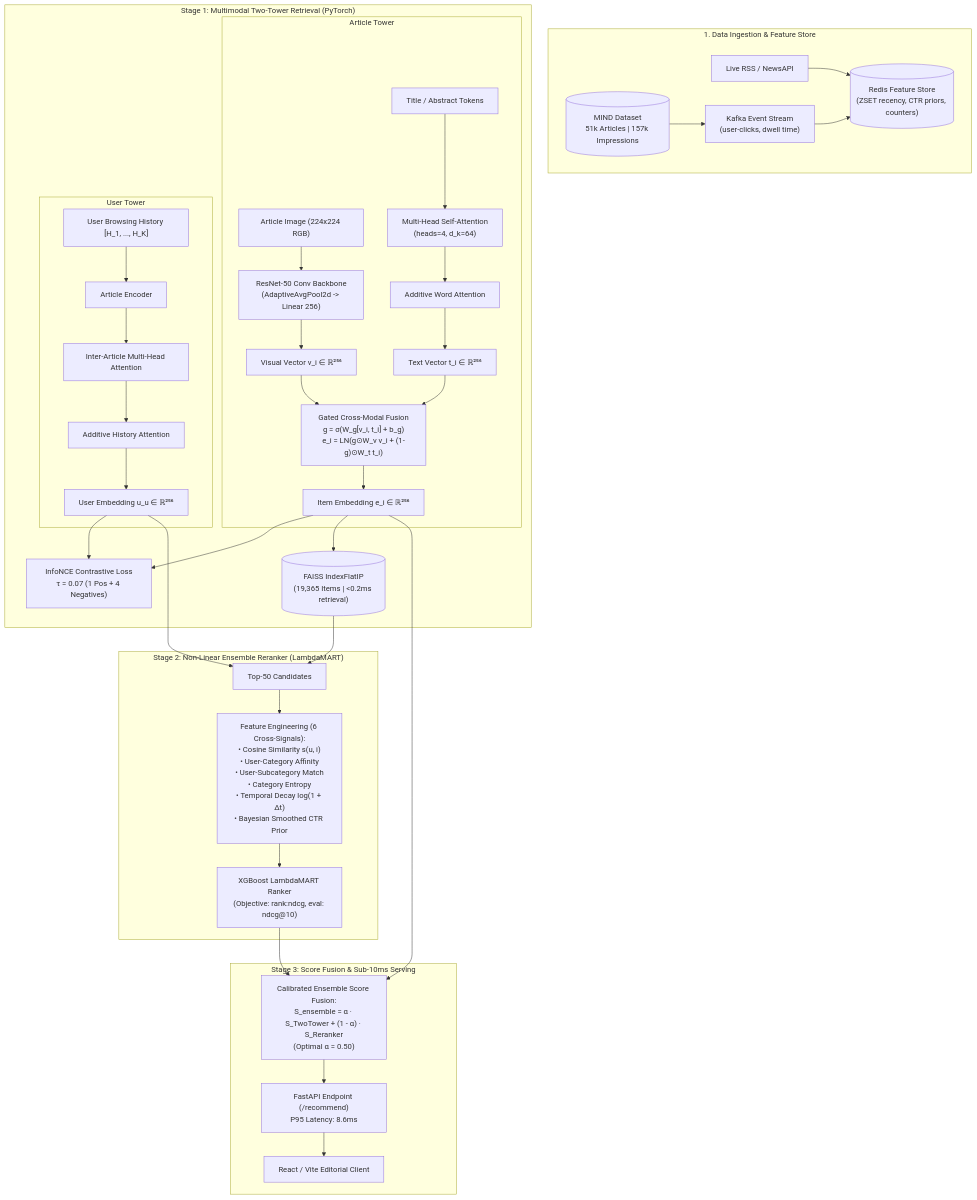
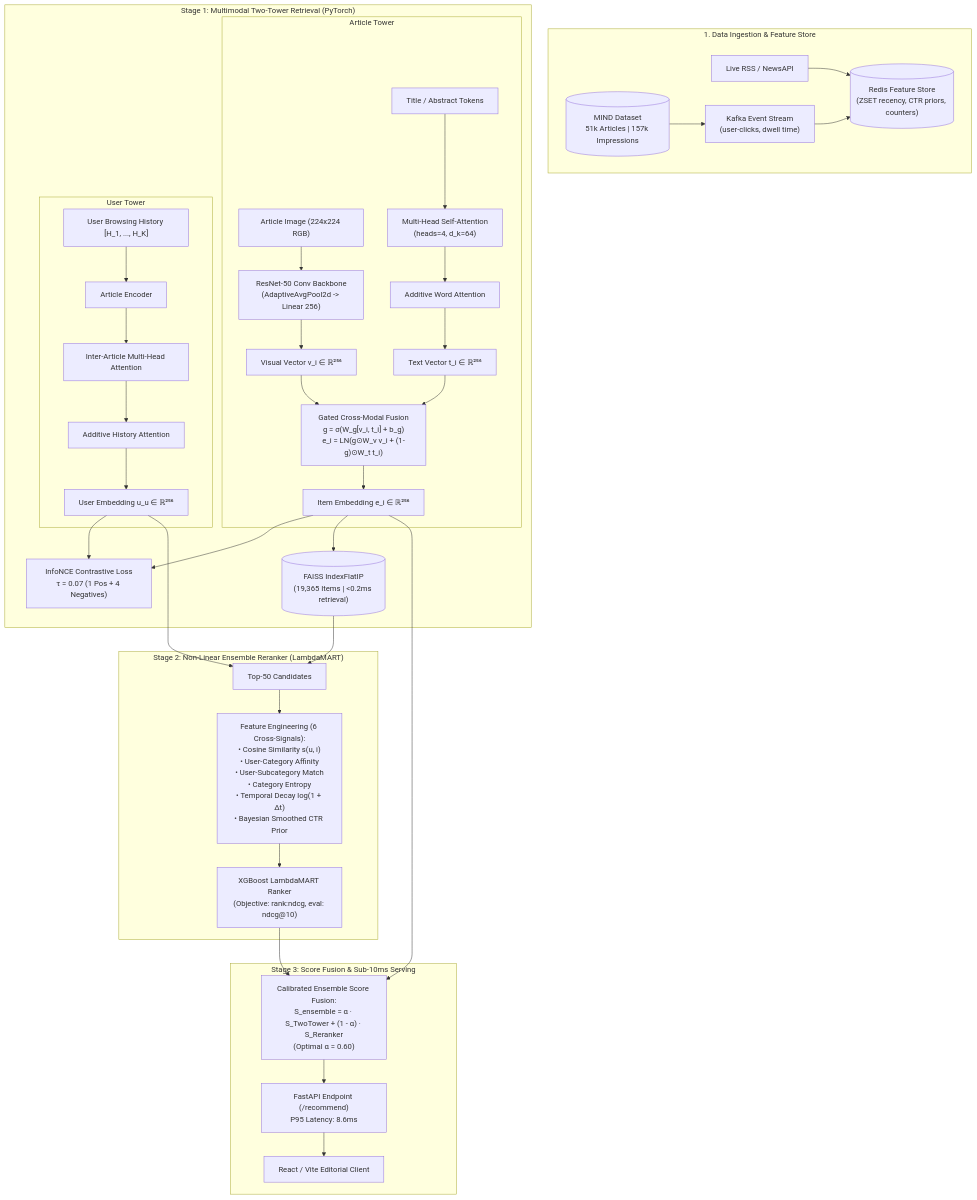
The diagram in ml-service/README.md (khushalmidha/jagrit), drawn with Mermaid before and after one commit. The commit also changed other lines of this file and 19 other files, not shown here.

````diff
--- a/ml-service/README.md
+++ b/ml-service/README.md
@@ -14,46 +14,46 @@
 ```mermaid
 flowchart TD
     subgraph DataLayer ["1. Data Ingestion & Feature Store"]
         MIND[("MIND Dataset<br/>51k Articles | 157k Impressions")]
         LiveRSS["Live RSS / NewsAPI"]
         Kafka["Kafka Event Stream<br/>(user-clicks, dwell time)"]
         RedisFS[("Redis Feature Store<br/>(ZSET recency, CTR priors, counters)")]
         MIND --> Kafka
         LiveRSS --> RedisFS
         Kafka --> RedisFS
     end
 
     subgraph Stage1 ["Stage 1: Multimodal Two-Tower Retrieval (PyTorch)"]
         subgraph ArticleTower ["Article Tower"]
             Img["Article Image (224x224 RGB)"] --> ResNet["ResNet-50 Conv Backbone<br/>(AdaptiveAvgPool2d -> Linear 256)"]
             Txt["Title / Abstract Tokens"] --> MHA["Multi-Head Self-Attention<br/>(heads=4, d_k=64)"]
             MHA --> AdditivePool["Additive Word Attention"]
             ResNet --> VisualVec["Visual Vector v_i ∈ ℝ²⁵⁶"]
             AdditivePool --> TextVec["Text Vector t_i ∈ ℝ²⁵⁶"]
             VisualVec & TextVec --> GatedFusion["Gated Cross-Modal Fusion<br/>g = σ(W_g[v_i, t_i] + b_g)<br/>e_i = LN(g⊙W_v v_i + (1-g)⊙W_t t_i)"]
             GatedFusion --> ItemEmb["Item Embedding e_i ∈ ℝ²⁵⁶"]
         end
 
         subgraph UserTower ["User Tower"]
             Hist["User Browsing History [H_1, ..., H_K]"] --> HistArticleEnc["Article Encoder"]
             HistArticleEnc --> InterArticleAttn["Inter-Article Multi-Head Attention"]
             InterArticleAttn --> UserAdditivePool["Additive History Attention"]
             UserAdditivePool --> UserEmb["User Embedding u_u ∈ ℝ²⁵⁶"]
         end
 
         ItemEmb & UserEmb --> InfoNCE["InfoNCE Contrastive Loss<br/>τ = 0.07 (1 Pos + 4 Negatives)"]
         ItemEmb --> FAISS[("FAISS IndexFlatIP<br/>(19,365 Items | <0.2ms retrieval)")]
     end
 
     subgraph Stage2 ["Stage 2: Non-Linear Ensemble Reranker (LambdaMART)"]
         UserEmb & FAISS --> Top50["Top-50 Candidates"]
         Top50 --> FeatureExtraction["Feature Engineering (6 Cross-Signals):<br/>• Cosine Similarity s(u, i)<br/>• User-Category Affinity<br/>• User-Subcategory Match<br/>• Category Entropy<br/>• Temporal Decay log(1 + Δt)<br/>• Bayesian Smoothed CTR Prior"]
         FeatureExtraction --> LambdaMART["XGBoost LambdaMART Ranker<br/>(Objective: rank:ndcg, eval: ndcg@10)"]
     end
 
     subgraph ServingLayer ["Stage 3: Score Fusion & Sub-10ms Serving"]
-        ItemEmb & LambdaMART --> Blending["Calibrated Ensemble Score Fusion:<br/>S_ensemble = α · S_TwoTower + (1 - α) · S_Reranker<br/>(Optimal α = 0.50)"]
+        ItemEmb & LambdaMART --> Blending["Calibrated Ensemble Score Fusion:<br/>S_ensemble = α · S_TwoTower + (1 - α) · S_Reranker<br/>(Optimal α = 0.60)"]
         Blending --> FastAPIServe["FastAPI Endpoint (/recommend)<br/>P95 Latency: 8.6ms"]
         FastAPIServe --> ClientUI["React / Vite Editorial Client"]
     end
 ```
````
